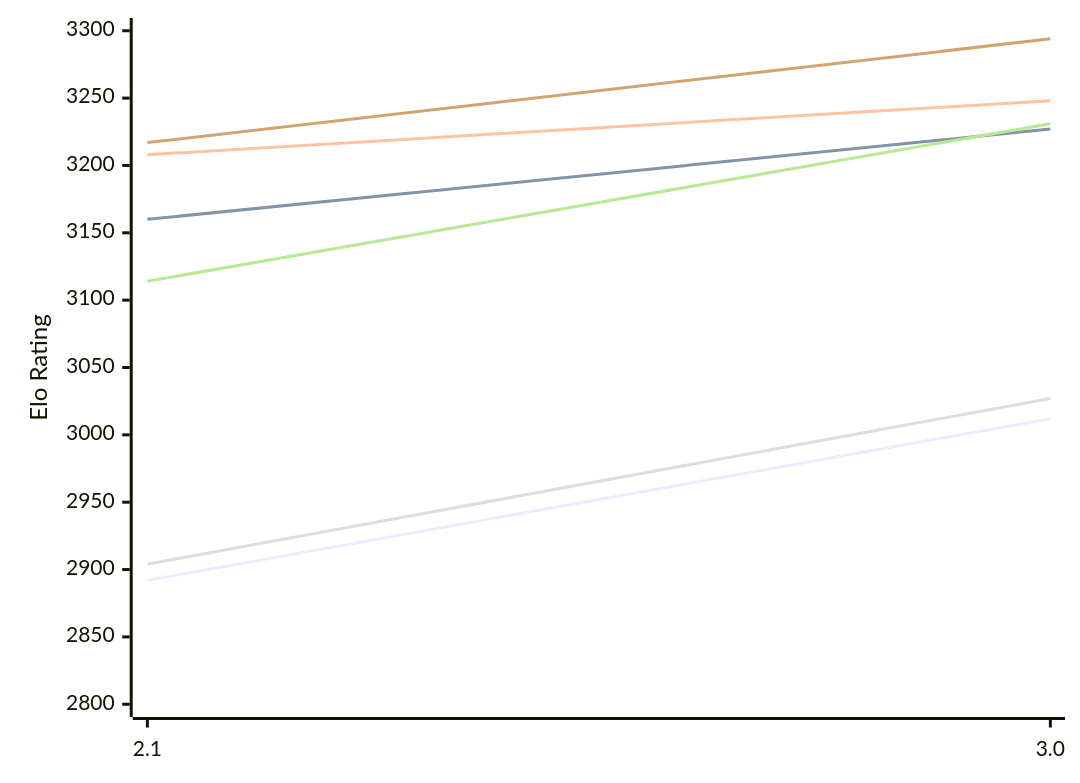
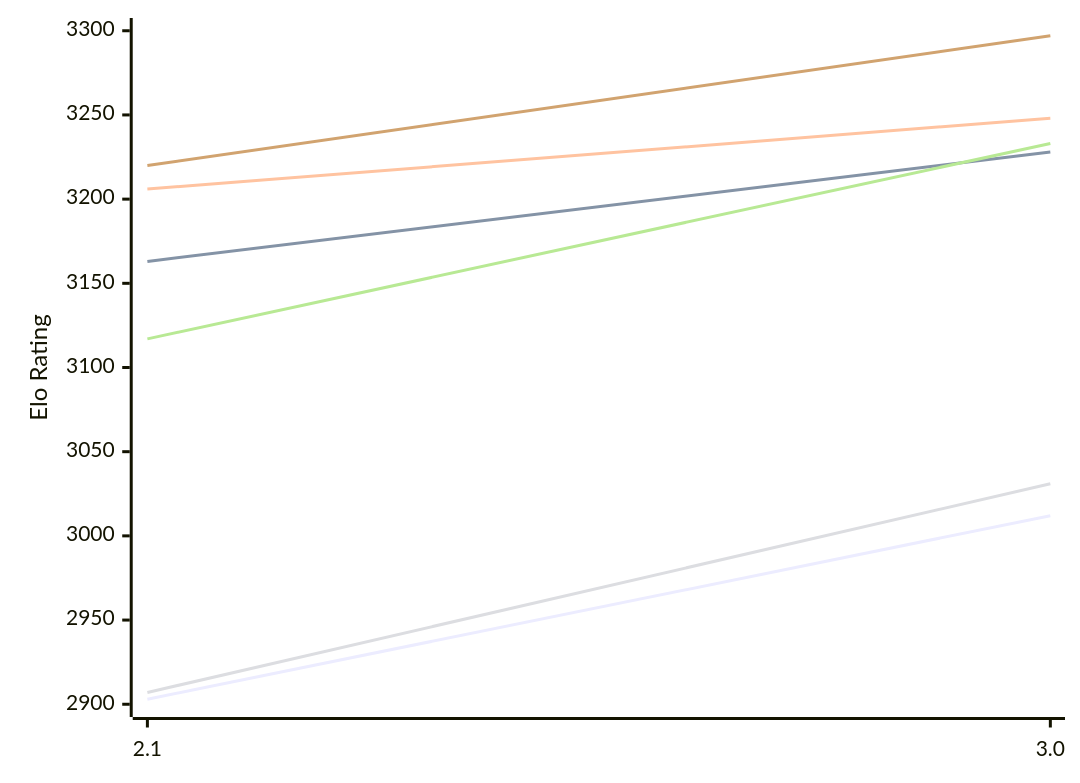
Before and after one commit to computer-chess-index/cci: the first of 2 diagrams in engines/Quirky.md, drawn with Mermaid. The commit also changed other lines of this file, not shown here.

Commit message:
Update CCI Ratings (ELO VLTC) - 2026-11-24

````diff
--- a/engines/Quirky.md
+++ b/engines/Quirky.md
@@ -50,12 +50,12 @@
 ```mermaid
 %%{init: {"theme":"base","themeVariables":{"seriesColors:['#a3a3a3','#222221','#faa371']}}}%%
 xychart-beta
   x-axis ["2.1", "3.0"]
-  y-axis "Elo Rating" 2800 --> 3300
-  line "E1: STC (8.0+0.08s)" [2892, 3012]
-  line "E1: LTC (60.0+0.60s)" [3160, 3227]
-  line "E1: VLTC (2m24s+1.12s)" [3208, 3248]
-  line "P1: STC (8.0+0.08s)" [2904, 3027]
-  line "P1: LTC (60.0+0.60s)" [3114, 3231]
-  line "P1: VLTC (2m24s+1.12s)" [3217, 3294]
+  y-axis "Elo Rating" 2900 --> 3300
+  line "E1: STC (8.0+0.08s)" [2903, 3012]
+  line "E1: LTC (60.0+0.60s)" [3163, 3228]
+  line "E1: VLTC (2m24s+1.12s)" [3206, 3248]
+  line "P1: STC (8.0+0.08s)" [2907, 3031]
+  line "P1: LTC (60.0+0.60s)" [3117, 3233]
+  line "P1: VLTC (2m24s+1.12s)" [3220, 3297]
 ```
````
